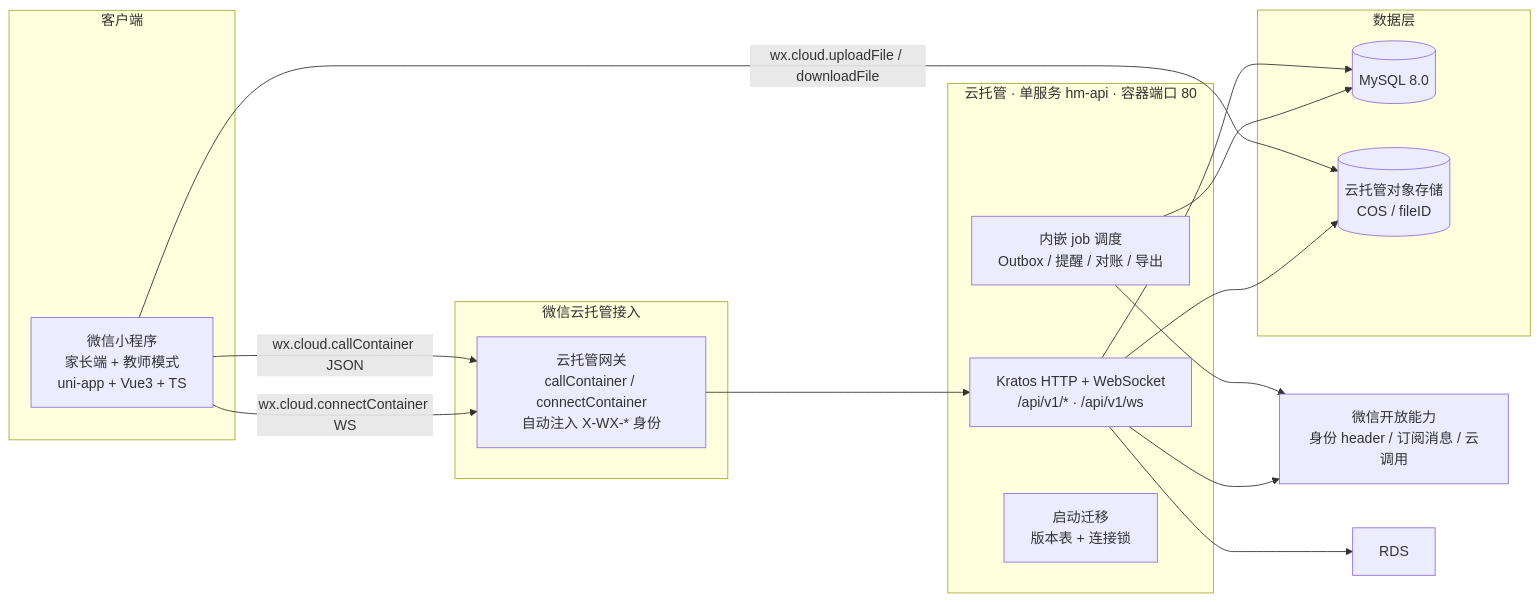
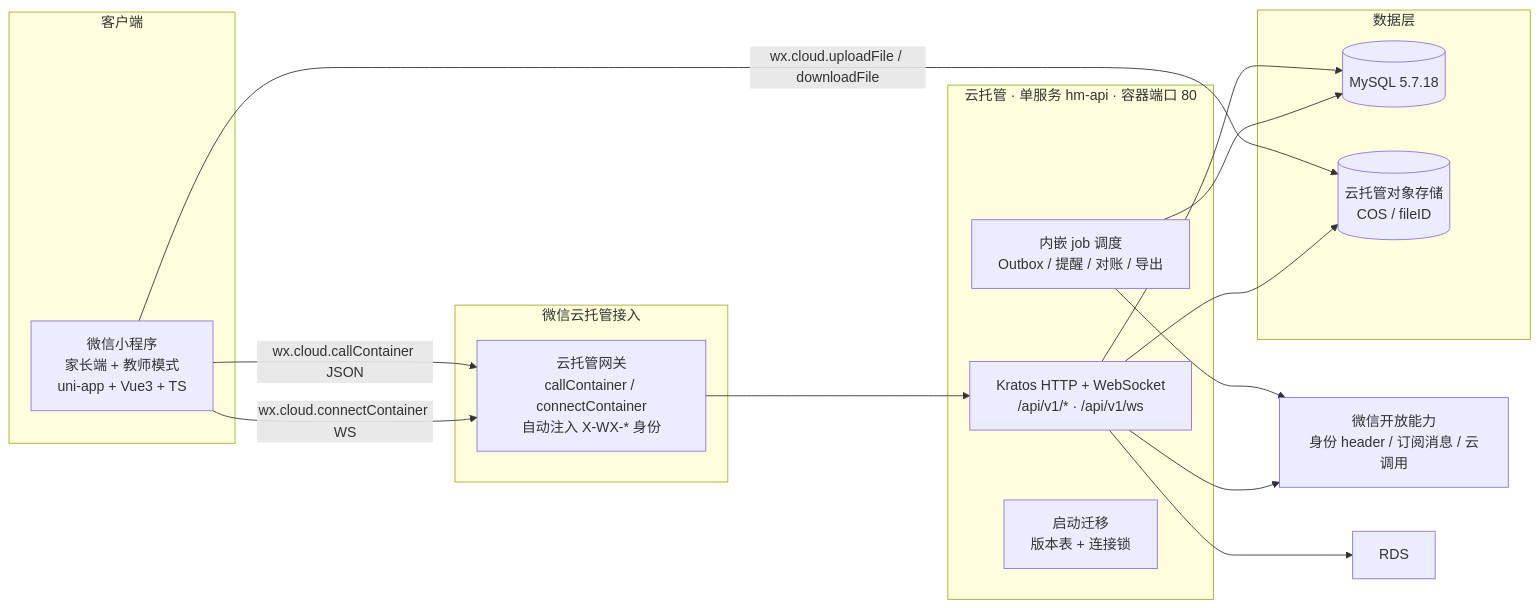
Before and after one commit to bishop9910/HM-Lesson: the diagram in README.md, drawn with Mermaid. The commit also changed other lines of this file and 22 other files, not shown here.

````diff
--- a/README.md
+++ b/README.md
@@ -25,34 +25,34 @@
 ```mermaid
 flowchart LR
   subgraph Client[客户端]
     MP[微信小程序<br/>家长端 + 教师模式<br/>uni-app + Vue3 + TS]
   end
 
   subgraph Edge[微信云托管接入]
     GW[云托管网关<br/>callContainer / connectContainer<br/>自动注入 X-WX-* 身份]
   end
 
   subgraph App[云托管 · 单服务 hm-api · 容器端口 80]
     API[Kratos HTTP + WebSocket<br/>/api/v1/* · /api/v1/ws]
     JOB[内嵌 job 调度<br/>Outbox / 提醒 / 对账 / 导出]
     MIG[启动迁移<br/>版本表 + 连接锁]
   end
 
   subgraph Data[数据层]
-    DB[(MySQL 8.0)]
+    DB[(MySQL 5.7.18)]
     COS[(云托管对象存储<br/>COS / fileID)]
   end
 
   WX[微信开放能力<br/>身份 header / 订阅消息 / 云调用]
 
   MP -->|wx.cloud.callContainer JSON| GW
   MP -->|wx.cloud.connectContainer WS| GW
   MP -->|wx.cloud.uploadFile / downloadFile| COS
   GW --> API
   API --> DB
   API --> RDS
   API --> COS
   JOB --> DB
   JOB --> WX
   API --> WX
 ```
````
